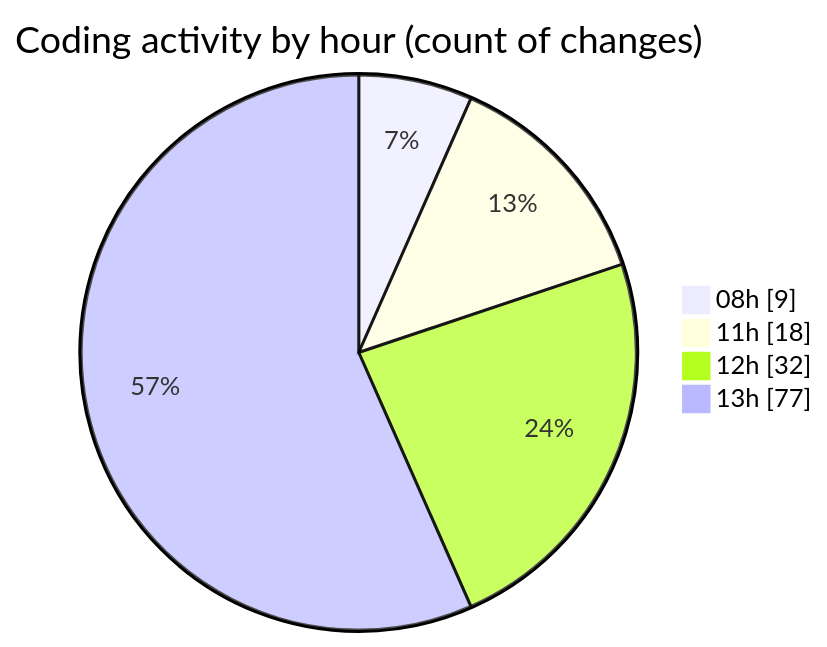
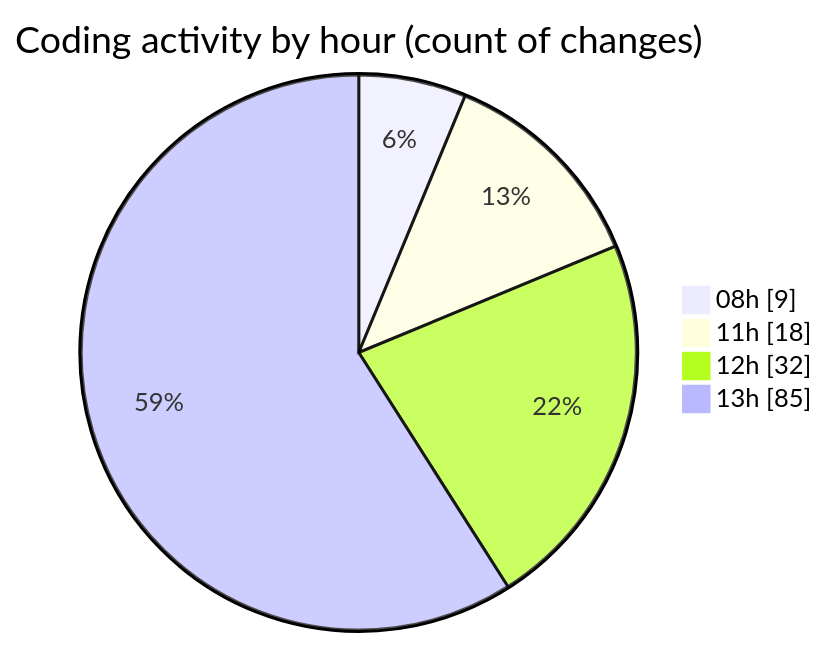
The second of 2 diagrams in 2026-04-17/cda/README.md (momahboobian/code-tracking), drawn with Mermaid before and after one commit. The commit also changed other lines of this file and 1 other file, not shown here.

````diff
--- a/2026-04-17/cda/README.md
+++ b/2026-04-17/cda/README.md
@@ -61,8 +61,8 @@
 ```mermaid
 pie showData
 title Coding activity by hour (count of changes)
 "08h" : 9
 "11h" : 18
 "12h" : 32
-"13h" : 77
+"13h" : 85
 ```
````
